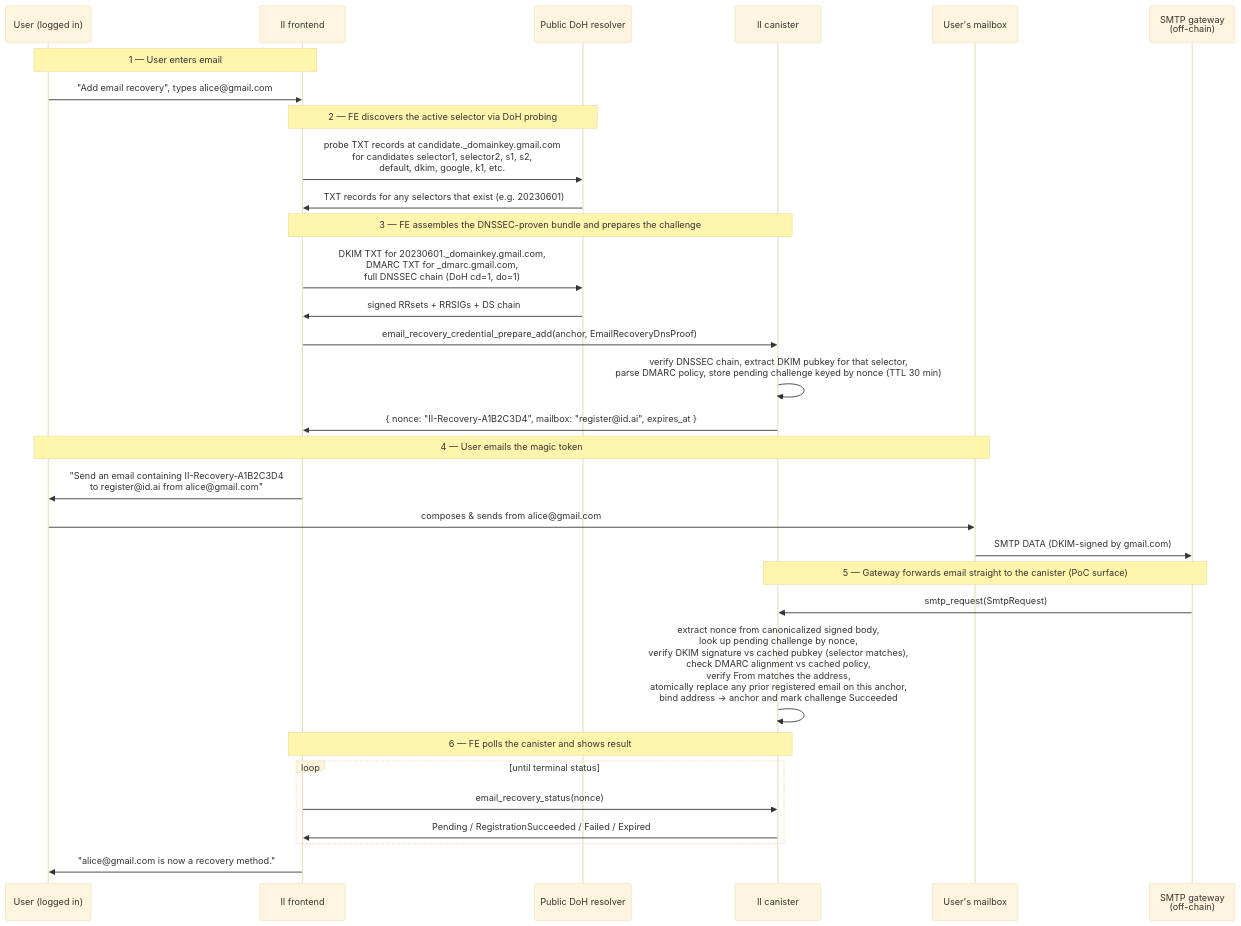
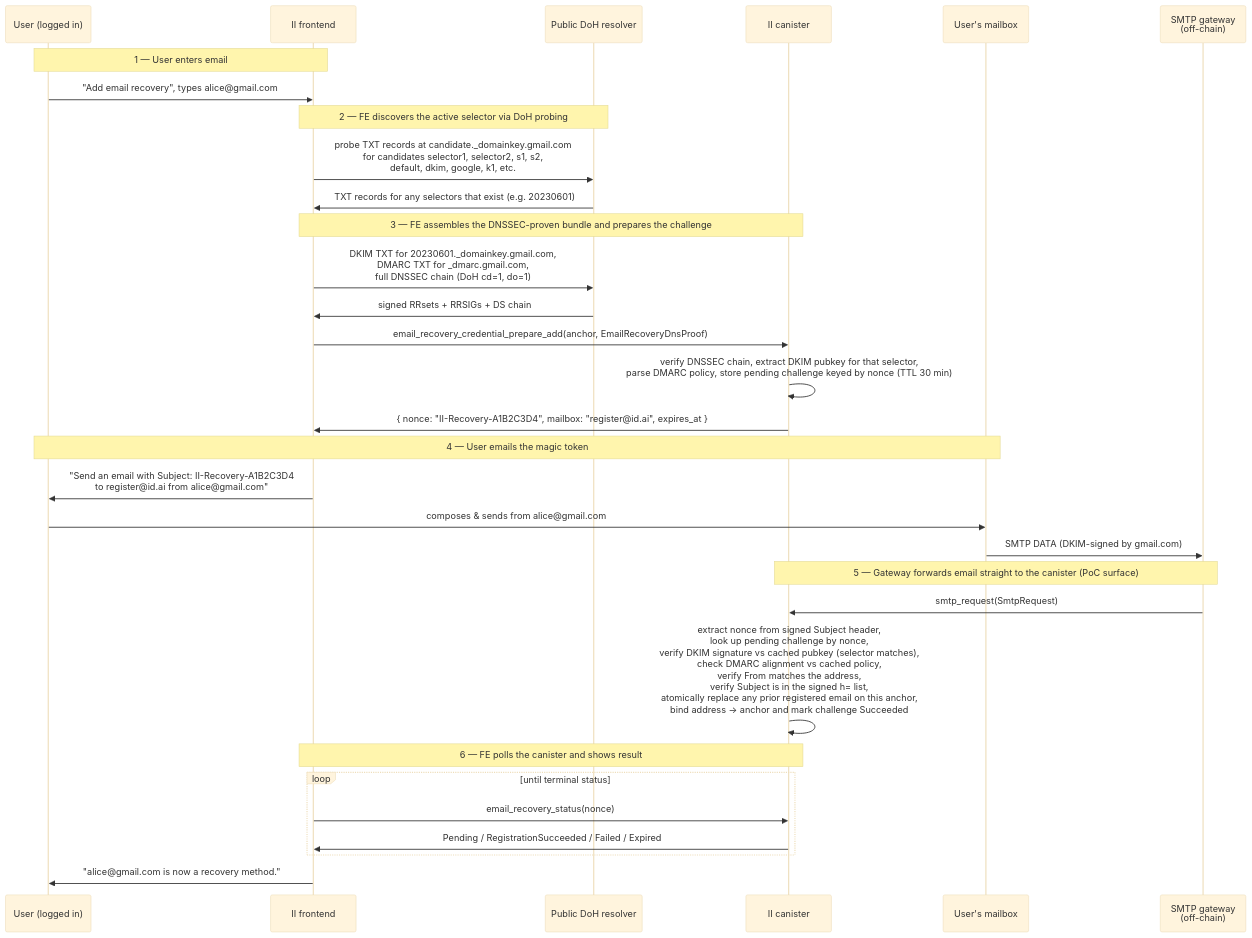
Before and after one commit to dfinity/internet-identity: the second of 3 diagrams in docs/ongoing/email-recovery.md, drawn with Mermaid (base theme). The commit also changed other lines of this file, not shown here.

First line of the commit message:
design(email-recovery): nonce in Subject header, explicit phishing analysis

````diff
--- a/docs/ongoing/email-recovery.md
+++ b/docs/ongoing/email-recovery.md
@@ -655,39 +672,39 @@
 ```mermaid
 sequenceDiagram
     participant U as User (logged in)
     participant FE as II frontend
     participant DNS as Public DoH resolver
     participant II as II canister
     participant Mail as User's mailbox
     participant GW as SMTP gateway<br/>(off-chain)
 
     Note over U,FE: 1 — User enters email
     U->>FE: "Add email recovery", types alice@gmail.com
 
     Note over FE,DNS: 2 — FE discovers the active selector via DoH probing
     FE->>DNS: probe TXT records at candidate._domainkey.gmail.com<br/>for candidates selector1, selector2, s1, s2,<br/>default, dkim, google, k1, etc.
     DNS->>FE: TXT records for any selectors that exist (e.g. 20230601)
 
     Note over FE,II: 3 — FE assembles the DNSSEC-proven bundle and prepares the challenge
     FE->>DNS: DKIM TXT for 20230601._domainkey.gmail.com,<br/>DMARC TXT for _dmarc.gmail.com,<br/>full DNSSEC chain (DoH cd=1, do=1)
     DNS->>FE: signed RRsets + RRSIGs + DS chain
     FE->>II: email_recovery_credential_prepare_add(anchor, EmailRecoveryDnsProof)
     II->>II: verify DNSSEC chain, extract DKIM pubkey for that selector,<br/>parse DMARC policy, store pending challenge keyed by nonce (TTL 30 min)
     II->>FE: { nonce: "II-Recovery-A1B2C3D4", mailbox: "register@id.ai", expires_at }
 
     Note over U,Mail: 4 — User emails the magic token
-    FE->>U: "Send an email containing II-Recovery-A1B2C3D4<br/>to register@id.ai from alice@gmail.com"
+    FE->>U: "Send an email with Subject: II-Recovery-A1B2C3D4<br/>to register@id.ai from alice@gmail.com"
     U->>Mail: composes & sends from alice@gmail.com
     Mail->>GW: SMTP DATA (DKIM-signed by gmail.com)
 
     Note over GW,II: 5 — Gateway forwards email straight to the canister (PoC surface)
     GW->>II: smtp_request(SmtpRequest)
-    II->>II: extract nonce from canonicalized signed body,<br/>look up pending challenge by nonce,<br/>verify DKIM signature vs cached pubkey (selector matches),<br/>check DMARC alignment vs cached policy,<br/>verify From matches the address,<br/>atomically replace any prior registered email on this anchor,<br/>bind address → anchor and mark challenge Succeeded
+    II->>II: extract nonce from signed Subject header,<br/>look up pending challenge by nonce,<br/>verify DKIM signature vs cached pubkey (selector matches),<br/>check DMARC alignment vs cached policy,<br/>verify From matches the address,<br/>verify Subject is in the signed h= list,<br/>atomically replace any prior registered email on this anchor,<br/>bind address → anchor and mark challenge Succeeded
 
     Note over FE,II: 6 — FE polls the canister and shows result
     loop until terminal status
         FE->>II: email_recovery_status(nonce)
         II->>FE: Pending / RegistrationSucceeded / Failed / Expired
     end
     FE->>U: "alice@gmail.com is now a recovery method."
 ```
````
